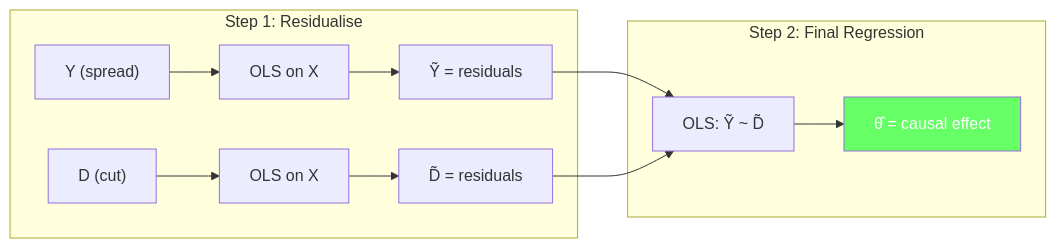
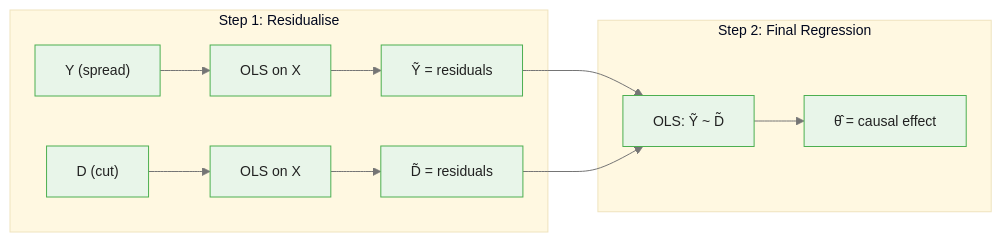
The second of 4 diagrams in courses/double-machine-learning/modules/module_00_foundations/guides/01_causal_inference_problem_slides.md (m-deane/course-creator), drawn with Mermaid before and after one commit. The commit also changed other lines of this file and 40 other files, not shown here.

````diff
--- a/courses/double-machine-learning/modules/module_00_foundations/guides/01_causal_inference_problem_slides.md
+++ b/courses/double-machine-learning/modules/module_00_foundations/guides/01_causal_inference_problem_slides.md
@@ -151,15 +153,15 @@
 ```mermaid
+%%{init: {"theme": "base", "themeVariables": {"primaryColor": "#e8f5e9", "primaryBorderColor": "#4caf50", "primaryTextColor": "#212121", "secondaryColor": "#e3f2fd", "tertiaryColor": "#fff8e1", "lineColor": "#757575", "fontFamily": "Inter, sans-serif", "fontSize": "14px"}}}%%
 flowchart LR
     subgraph Step1["Step 1: Residualise"]
         Y["Y (spread)"] --> OLS_Y["OLS on X"]
         OLS_Y --> RY["Ỹ = residuals"]
         D["D (cut)"] --> OLS_D["OLS on X"]
         OLS_D --> RD["D̃ = residuals"]
     end
     subgraph Step2["Step 2: Final Regression"]
         RY --> Final["OLS: Ỹ ~ D̃"]
         RD --> Final
         Final --> Theta["θ̂ = causal effect"]
     end
-    style Theta fill:#6f6,color:#fff
 ```
````
